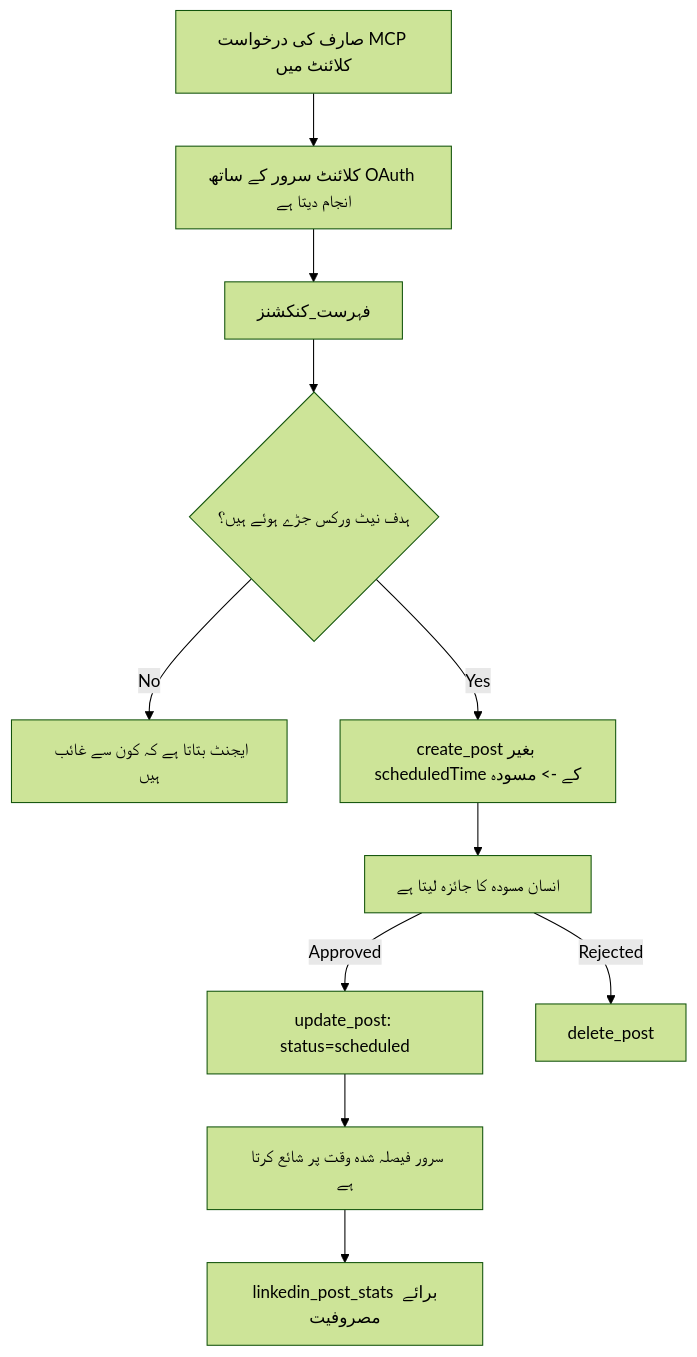
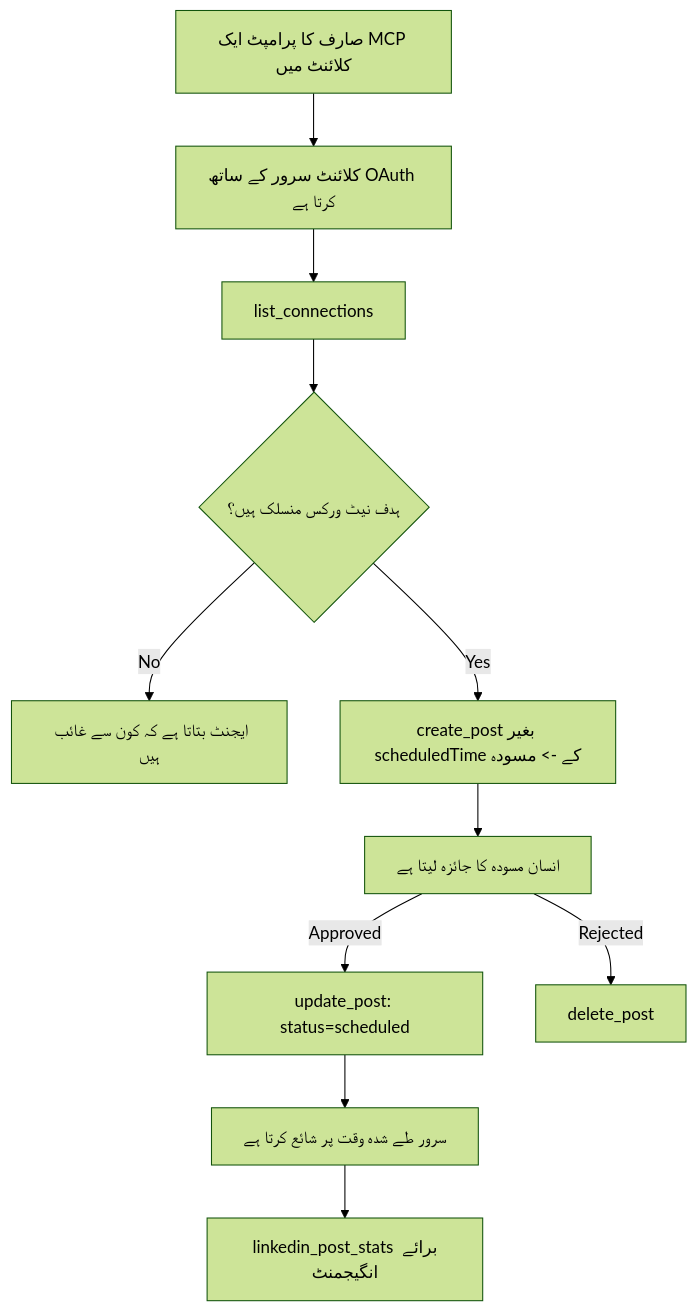
One commit to microsoft/mcp-for-beginners changed the diagram in translations/ur/09-CaseStudy/publora-social-publishing.md. Above: the diagram before and after it, drawn with Mermaid (forest theme). The commit also changed other lines of this file and 118 other files, not shown here.

````diff
--- a/translations/ur/09-CaseStudy/publora-social-publishing.md
+++ b/translations/ur/09-CaseStudy/publora-social-publishing.md
@@ -47,13 +47,13 @@
 ```mermaid
 flowchart TD
-    A[صارف کی درخواست MCP کلائنٹ میں] --> B[کلائنٹ سرور کے ساتھ OAuth انجام دیتا ہے]
-    B --> C[فہرست_کنکشنز]
-    C --> D{ہدف نیٹ ورکس جڑے ہوئے ہیں؟}
+    A[صارف کا پرامپٹ ایک MCP کلائنٹ میں] --> B[کلائنٹ سرور کے ساتھ OAuth کرتا ہے]
+    B --> C[list_connections]
+    C --> D{ہدف نیٹ ورکس منسلک ہیں؟}
     D -- No --> E[ایجنٹ بتاتا ہے کہ کون سے غائب ہیں]
     D -- Yes --> F[create_post بغیر scheduledTime کے -> مسودہ]
     F --> G[انسان مسودہ کا جائزہ لیتا ہے]
     G -- Approved --> H[update_post: status=scheduled]
     G -- Rejected --> I[delete_post]
-    H --> J[سرور فیصلہ شدہ وقت پر شائع کرتا ہے]
-    J --> K[linkedin_post_stats برائے مصروفیت]
+    H --> J[سرور طے شدہ وقت پر شائع کرتا ہے]
+    J --> K[linkedin_post_stats برائے انگیجمنٹ]
 ```
````
